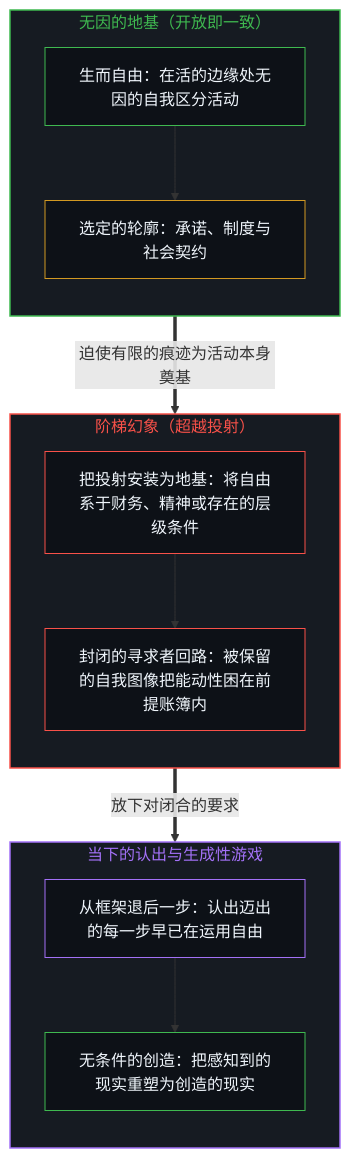
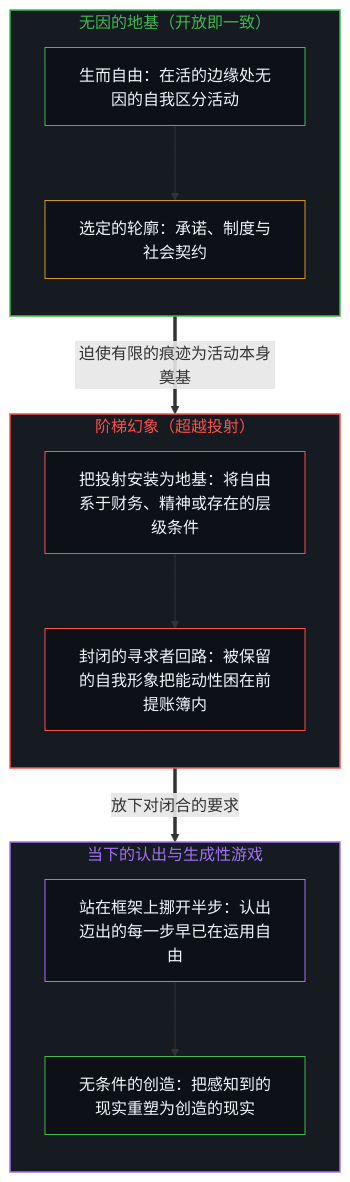
The first of 2 diagrams in content/posts/freedom-as-ground.md (powerpig99/not-a-toe), drawn with Mermaid before and after one commit. The commit also changed other lines of this file and 12 other files, not shown here.

````diff
--- a/content/posts/freedom-as-ground.md
+++ b/content/posts/freedom-as-ground.md
@@ -17,32 +17,32 @@
 ```mermaid
 flowchart TD
     subgraph S_Ground["无因的地基（开放即一致）"]
         direction TB
         G_Act["生而自由：在活的边缘处无因的自我区分活动"]
         G_Trace["选定的轮廓：承诺、制度与社会契约"]
         G_Act --> G_Trace
     end
     subgraph S_Closure["阶梯幻象（超越投射）"]
         direction TB
         C_Invert["把投射安装为地基：将自由系于财务、精神或存在的层级条件"]
-        C_Loop["封闭的寻求者回路：被保留的自我图像把能动性困在前提账簿内"]
+        C_Loop["封闭的寻求者回路：被保留的自我形象把能动性困在前提账簿内"]
         C_Invert --> C_Loop
     end
     subgraph S_Recognition["当下的认出与生成性游戏"]
         direction TB
-        R_Drop["从框架退后一步：认出迈出的每一步早已在运用自由"]
+        R_Drop["站在框架上挪开半步：认出迈出的每一步早已在运用自由"]
         R_Play["无条件的创造：把感知到的现实重塑为创造的现实"]
         R_Drop --> R_Play
     end
     G_Trace ==>|"迫使有限的痕迹为活动本身奠基"| C_Invert
     C_Loop ==>|"放下对闭合的要求"| R_Drop
     style S_Ground fill:#161b22,stroke:#3fb950,stroke-width:1.5px,color:#3fb950
     style S_Closure fill:#161b22,stroke:#f85149,stroke-width:1.5px,color:#f85149
     style S_Recognition fill:#161b22,stroke:#a371f7,stroke-width:1.5px,color:#a371f7
     style G_Act fill:#0d1117,stroke:#3fb950,stroke-width:1px,color:#f0f6fc
     style G_Trace fill:#0d1117,stroke:#d29922,stroke-width:1px,color:#f0f6fc
     style C_Invert fill:#0d1117,stroke:#f85149,stroke-width:1px,color:#f0f6fc
     style C_Loop fill:#0d1117,stroke:#f85149,stroke-width:1px,color:#f0f6fc
     style R_Drop fill:#0d1117,stroke:#a371f7,stroke-width:1px,color:#f0f6fc
     style R_Play fill:#0d1117,stroke:#3fb950,stroke-width:1px,color:#f0f6fc
 ```
````
